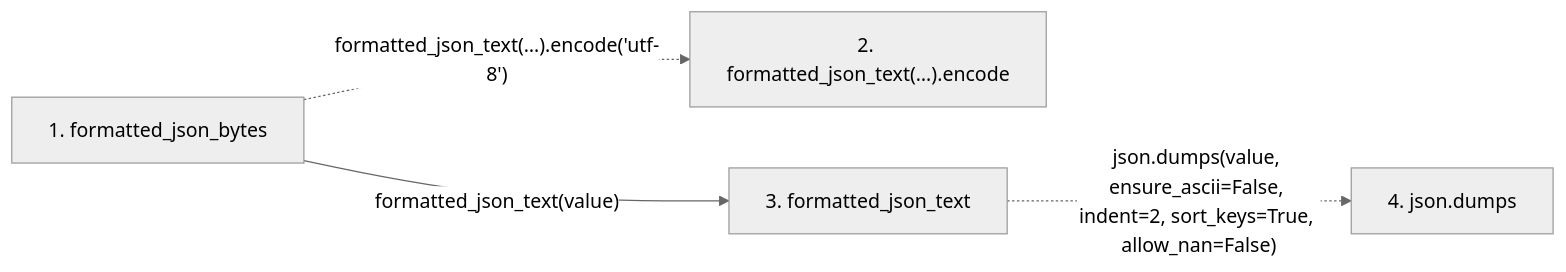
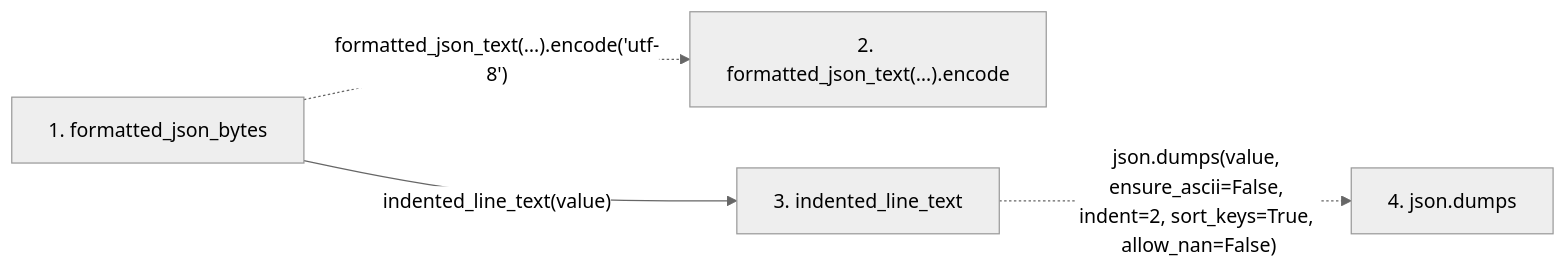
Before and after one commit to Denissvgn/python-wiki-llm: the second of 2 diagrams in docs/llm_wiki/flows/api-formatted_json_bytes.md, drawn with Mermaid (neutral theme). The commit also changed other lines of this file and 1555 other files, not shown here.

````diff
--- a/docs/llm_wiki/flows/api-formatted_json_bytes.md
+++ b/docs/llm_wiki/flows/api-formatted_json_bytes.md
@@ -40,12 +40,12 @@
 ```mermaid
 flowchart LR
     s1["1. formatted_json_bytes"]
     s2["2. formatted_json_text(…).encode"]
-    s3["3. formatted_json_text"]
+    s3["3. indented_line_text"]
     s4["4. json.dumps"]
     s1 -. "formatted_json_text(…).encode('utf-8')" .-> s2
-    s1 -->|"formatted_json_text(value)"| s3
+    s1 -->|"indented_line_text(value)"| s3
     s3 -. "json.dumps(value, ensure_ascii=False, indent=2, sort_keys=True, allow_nan=False)" .-> s4
     click s1 "../modules/knowledge_evidence.md"
-    click s3 "../modules/knowledge_evidence.md"
+    click s3 "../modules/canonical_json.md"
 ```
````
